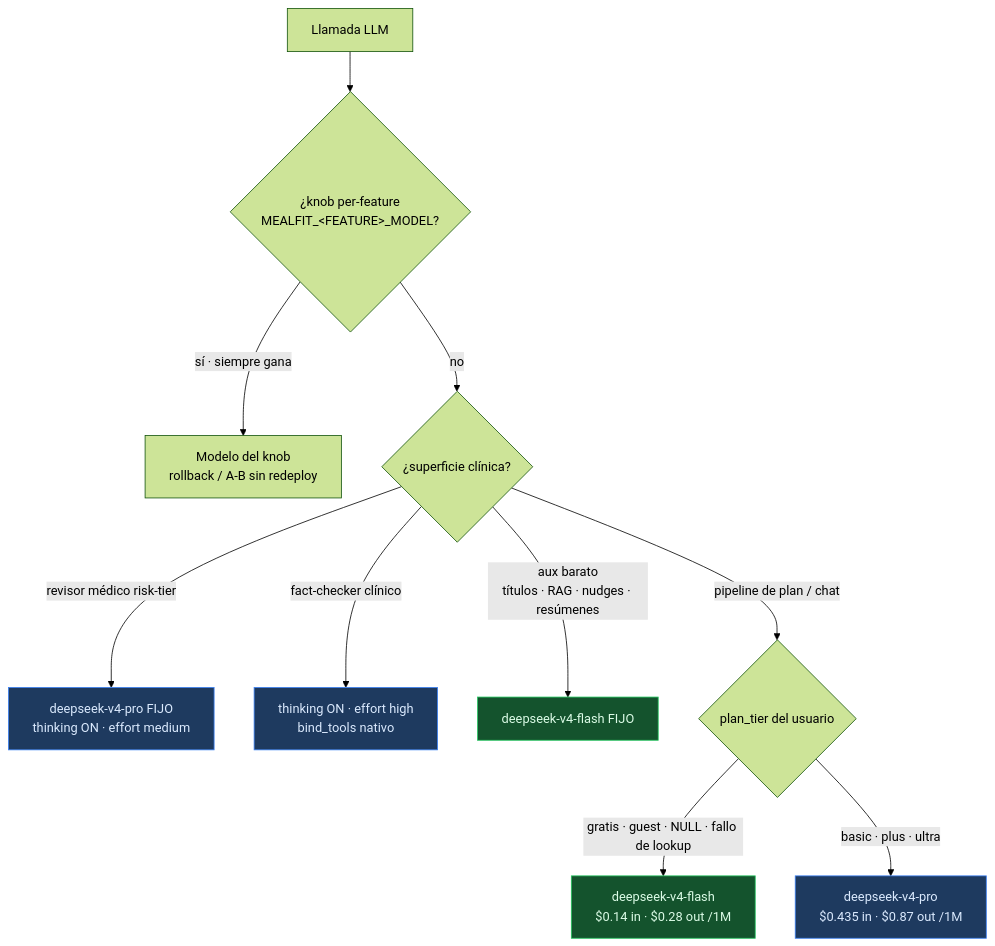
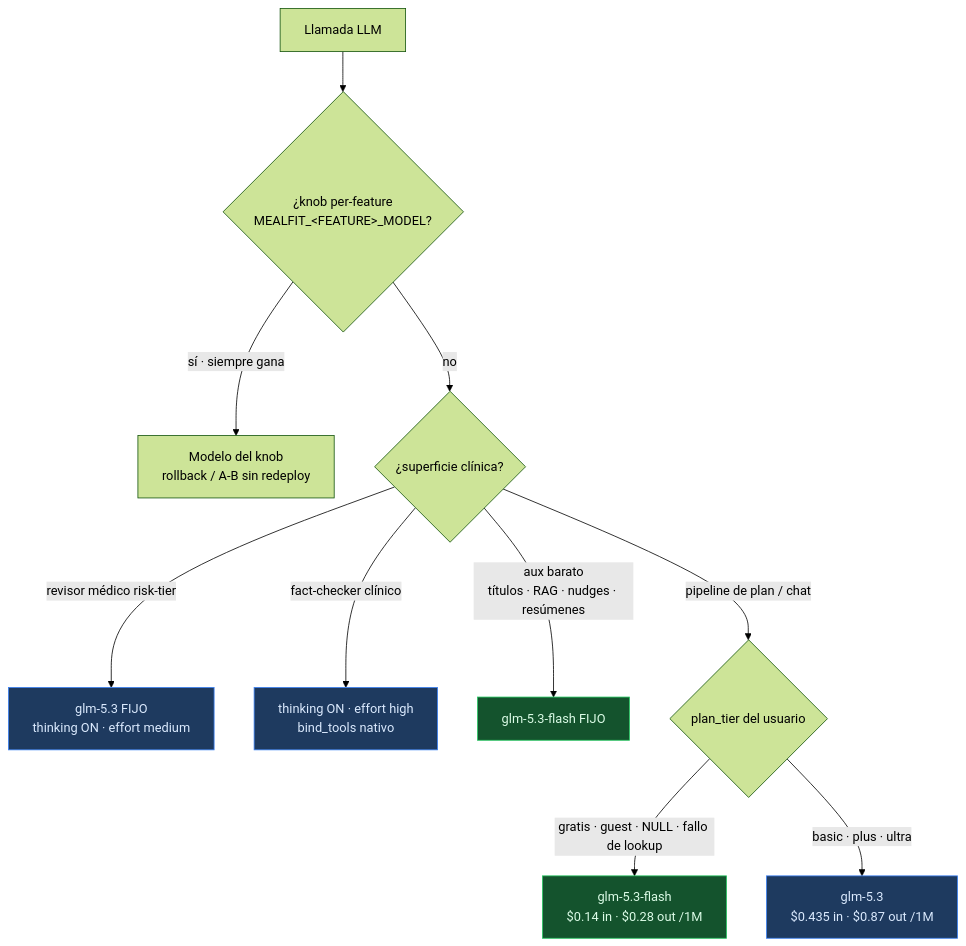
One commit to fuegoservicios-lab/MealfitRD-Backend changed the fourth of 7 diagrams in docs/system_overview.md. Above: the diagram before and after it, drawn with Mermaid (forest theme). The commit also changed other lines of this file and 135 other files, not shown here.

````diff
--- a/docs/system_overview.md
+++ b/docs/system_overview.md
@@ -126,17 +126,17 @@
 ```mermaid
 flowchart TB
     A["Llamada LLM"] --> B{"¿knob per-feature<br/>MEALFIT_&lt;FEATURE&gt;_MODEL?"}
     B -->|"sí · siempre gana"| Z["Modelo del knob<br/>rollback / A-B sin redeploy"]
     B -->|"no"| C{"¿superficie clínica?"}
-    C -->|"revisor médico risk-tier"| PRO1["deepseek-v4-pro FIJO<br/>thinking ON · effort medium"]
+    C -->|"revisor médico risk-tier"| PRO1["glm-5.3 FIJO<br/>thinking ON · effort medium"]
     C -->|"fact-checker clínico"| PRO2["thinking ON · effort high<br/>bind_tools nativo"]
-    C -->|"aux barato<br/>títulos · RAG · nudges · resúmenes"| FL1["deepseek-v4-flash FIJO"]
+    C -->|"aux barato<br/>títulos · RAG · nudges · resúmenes"| FL1["glm-5.3-flash FIJO"]
     C -->|"pipeline de plan / chat"| D{"plan_tier del usuario"}
-    D -->|"gratis · guest · NULL · fallo de lookup"| FL2["deepseek-v4-flash<br/>$0.14 in · $0.28 out /1M"]
-    D -->|"basic · plus · ultra"| PRO3["deepseek-v4-pro<br/>$0.435 in · $0.87 out /1M"]
+    D -->|"gratis · guest · NULL · fallo de lookup"| FL2["glm-5.3-flash<br/>$0.14 in · $0.28 out /1M"]
+    D -->|"basic · plus · ultra"| PRO3["glm-5.3<br/>$0.435 in · $0.87 out /1M"]
 
     classDef pro fill:#1e3a5f,stroke:#3b82f6,color:#dbeafe
     classDef fl fill:#14532d,stroke:#22c55e,color:#dcfce7
     class PRO1,PRO2,PRO3 pro
     class FL1,FL2 fl
 ```
````
